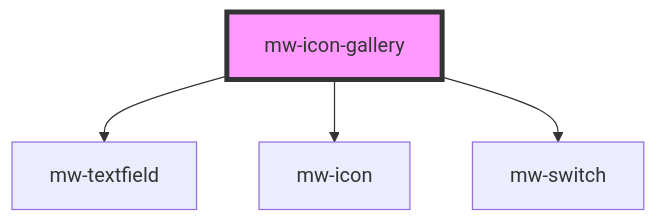
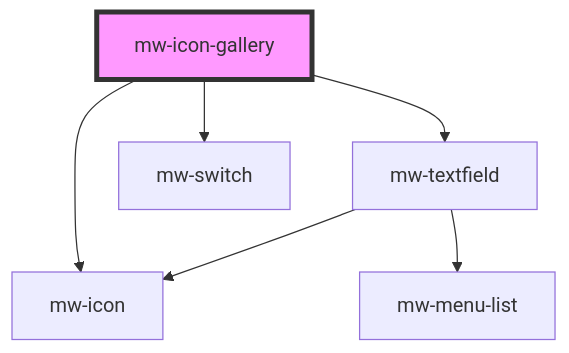
Before and after one commit to MaibornWolff/mwui: the diagram in mwui-stencil/src/components/mw-icon-gallery/readme.md, drawn with Mermaid. The commit also changed 112 other files, not shown here.

````diff
--- a/mwui-stencil/src/components/mw-icon-gallery/readme.md
+++ b/mwui-stencil/src/components/mw-icon-gallery/readme.md
@@ -21,7 +21,9 @@
 ```mermaid
 graph TD;
   mw-icon-gallery --> mw-textfield
   mw-icon-gallery --> mw-icon
   mw-icon-gallery --> mw-switch
+  mw-textfield --> mw-icon
+  mw-textfield --> mw-menu-list
   style mw-icon-gallery fill:#f9f,stroke:#333,stroke-width:4px
 ```
````
